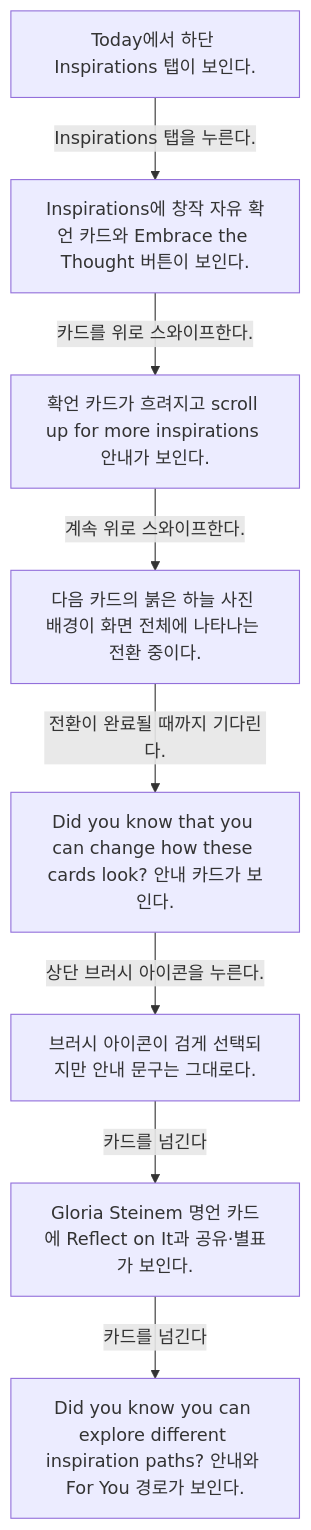
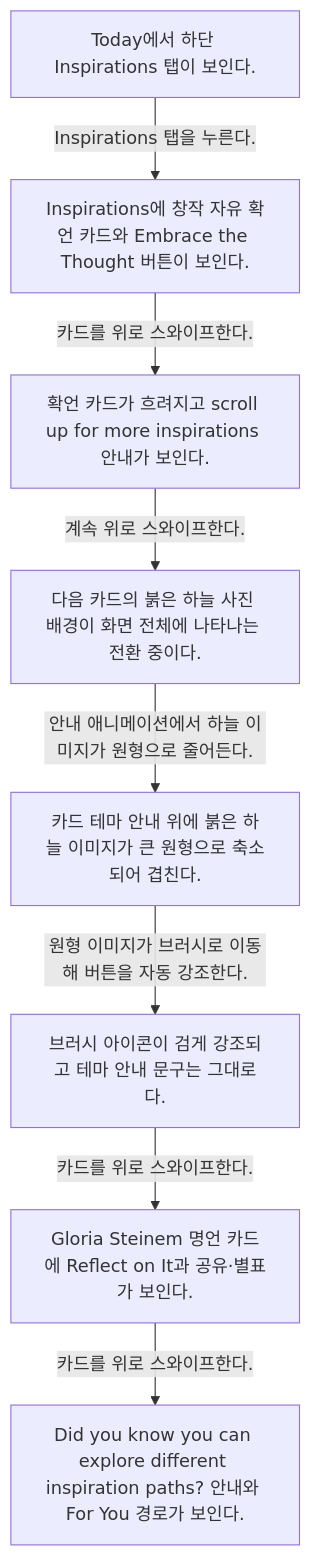
One commit to Dev-Corgi/Stoic-Build-Clone-Test changed the diagram in docs/Stoic/flows/inspirations-9edc8063/README.md. Above: the diagram before and after it, drawn with Mermaid. The commit also changed other lines of this file and 23 other files, not shown here.

Commit message:
docs: verify Stoic flows with user-confirmed transitions

````diff
--- a/docs/Stoic/flows/inspirations-9edc8063/README.md
+++ b/docs/Stoic/flows/inspirations-9edc8063/README.md
@@ -8,18 +8,18 @@
 ```mermaid
 flowchart TD
   S1["Today에서 하단 Inspirations 탭이 보인다."]
   S1 -->|Inspirations 탭을 누른다.| S2
   S2["Inspirations에 창작 자유 확언 카드와 Embrace the Thought 버튼이 보인다."]
   S2 -->|카드를 위로 스와이프한다.| S3
   S3["확언 카드가 흐려지고 scroll up for more inspirations 안내가 보인다."]
   S3 -->|계속 위로 스와이프한다.| S4
   S4["다음 카드의 붉은 하늘 사진 배경이 화면 전체에 나타나는 전환 중이다."]
-  S4 -->|전환이 완료될 때까지 기다린다.| S5
-  S5["Did you know that you can change how these cards look? 안내 카드가 보인다."]
-  S5 -->|상단 브러시 아이콘을 누른다.| S6
-  S6["브러시 아이콘이 검게 선택되지만 안내 문구는 그대로다."]
-  S6 -->|카드를 넘긴다| S7
+  S4 -->|안내 애니메이션에서 하늘 이미지가 원형으로 줄어든다.| S5
+  S5["카드 테마 안내 위에 붉은 하늘 이미지가 큰 원형으로 축소되어 겹친다."]
+  S5 -->|원형 이미지가 브러시로 이동해 버튼을 자동 강조한다.| S6
+  S6["브러시 아이콘이 검게 강조되고 테마 안내 문구는 그대로다."]
+  S6 -->|카드를 위로 스와이프한다.| S7
   S7["Gloria Steinem 명언 카드에 Reflect on It과 공유·별표가 보인다."]
-  S7 -->|카드를 넘긴다| S8
+  S7 -->|카드를 위로 스와이프한다.| S8
   S8["Did you know you can explore different inspiration paths? 안내와 For You 경로가 보인다."]
 ```
````
